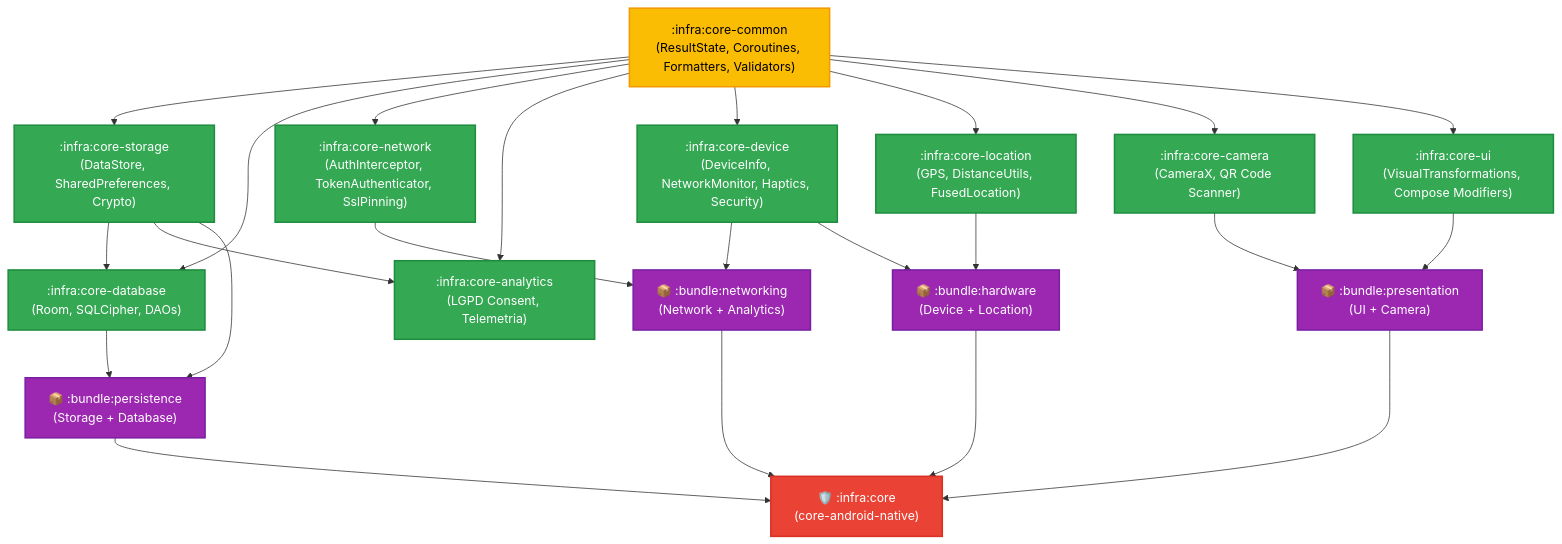
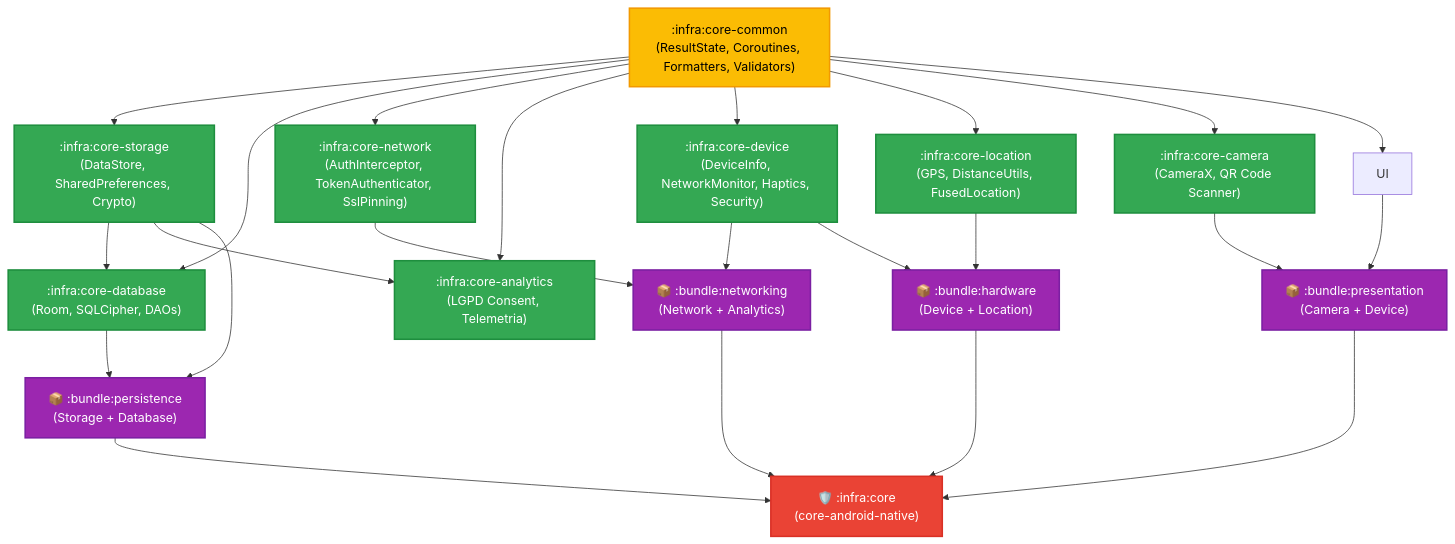
One commit to Gabriel-do-Carmo-97/CoreAndroidNative changed the diagram in README.md. Above: the diagram before and after it, drawn with Mermaid. The commit also changed other lines of this file and 35 other files, not shown here.

Commit message:
refactor(architecture): remove core-ui module, transfer FrameMetricsMonitor to core-analytics, decouple core from compose

````diff
--- a/README.md
+++ b/README.md
@@ -19,59 +19,58 @@
 ```mermaid
 graph TD
     classDef common fill:#FBBC04,stroke:#F29900,stroke-width:2px,color:#000;
     classDef infra fill:#34A853,stroke:#1E8E3E,stroke-width:2px,color:#fff;
     classDef bundle fill:#9C27B0,stroke:#7B1FA2,stroke-width:2px,color:#fff;
     classDef umbrella fill:#EA4335,stroke:#D93025,stroke-width:2px,color:#fff;
 
     %% Base
     Common[":infra:core-common<br/>(ResultState, Coroutines, Formatters, Validators)"]:::common
 
     %% Infra
     Storage[":infra:core-storage<br/>(DataStore, SharedPreferences, Crypto)"]:::infra
     Database[":infra:core-database<br/>(Room, SQLCipher, DAOs)"]:::infra
     Network[":infra:core-network<br/>(AuthInterceptor, TokenAuthenticator, SslPinning)"]:::infra
     Analytics[":infra:core-analytics<br/>(LGPD Consent, Telemetria)"]:::infra
     Device[":infra:core-device<br/>(DeviceInfo, NetworkMonitor, Haptics, Security)"]:::infra
     Location[":infra:core-location<br/>(GPS, DistanceUtils, FusedLocation)"]:::infra
     Camera[":infra:core-camera<br/>(CameraX, QR Code Scanner)"]:::infra
-    UI[":infra:core-ui<br/>(VisualTransformations, Compose Modifiers)"]:::infra
 
     %% Bundles
     BundlePersist["📦 :bundle:persistence<br/>(Storage + Database)"]:::bundle
     BundleNet["📦 :bundle:networking<br/>(Network + Analytics)"]:::bundle
-    BundlePres["📦 :bundle:presentation<br/>(UI + Camera)"]:::bundle
+    BundlePres["📦 :bundle:presentation<br/>(Camera + Device)"]:::bundle
     BundleHW["📦 :bundle:hardware<br/>(Device + Location)"]:::bundle
 
     %% Umbrella
     Umbrella["🛡️ :infra:core<br/>(core-android-native)"]:::umbrella
 
     %% Conexões
     Common --> Storage
     Common --> Database
     Common --> Network
     Common --> Analytics
     Common --> Device
     Common --> Location
     Common --> Camera
     Common --> UI
 
     Storage --> Database
     Storage --> Analytics
 
     Storage --> BundlePersist
     Database --> BundlePersist
 
     Device --> BundleNet
     Network --> BundleNet
 
     UI --> BundlePres
     Camera --> BundlePres
 
     Device --> BundleHW
     Location --> BundleHW
 
     BundlePersist --> Umbrella
     BundleNet --> Umbrella
     BundlePres --> Umbrella
     BundleHW --> Umbrella
 ```
````
